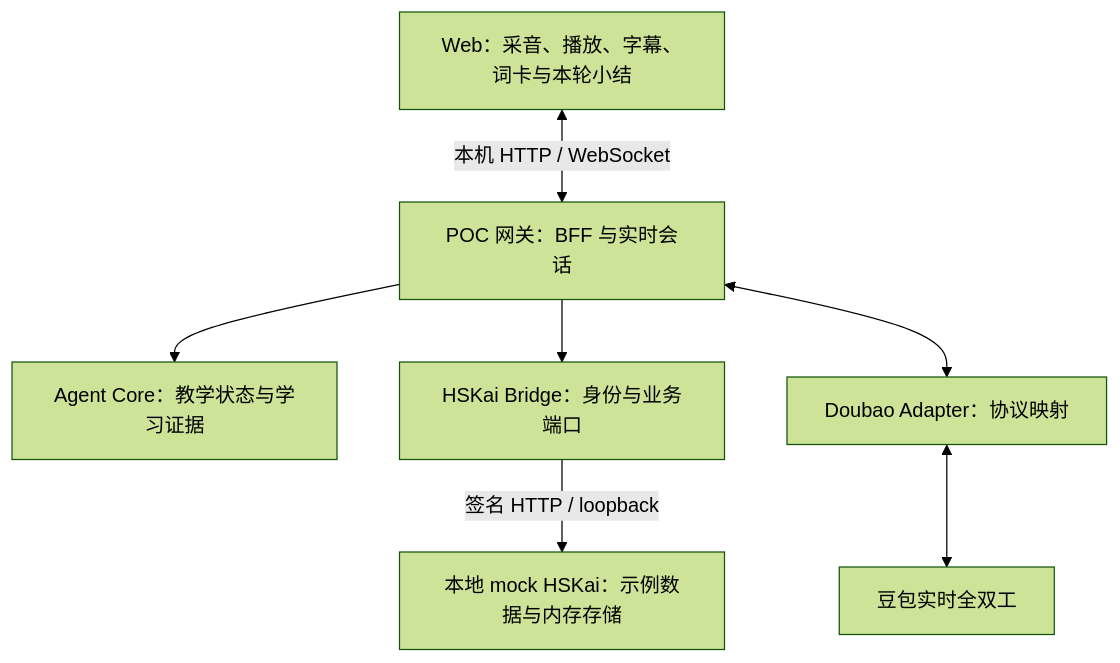
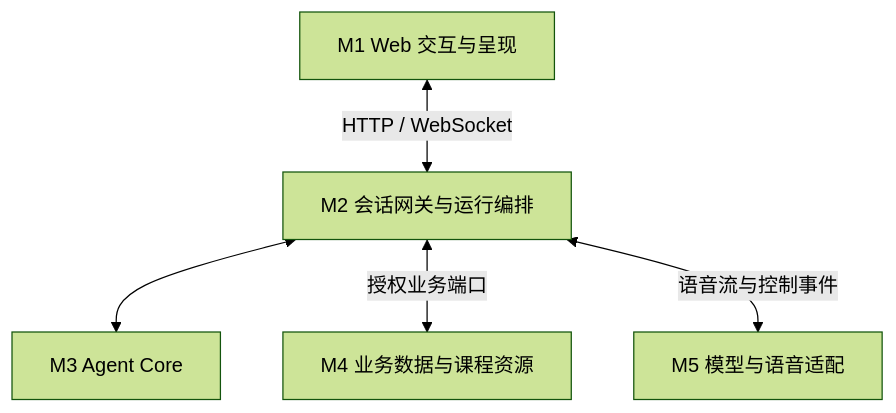
Before and after one commit to yqhuang-cyber/ask-kai: the first of 4 diagrams in README.md, drawn with Mermaid (forest theme). The commit also changed other lines of this file and 1 other file, not shown here.

Commit message:
docs: reorganize README around product, agent architecture, journeys and evidence

````diff
--- a/README.md
+++ b/README.md
@@ -219,9 +47,7 @@
-~~~mermaid
-flowchart TB
-    UI["Web：采音、播放、字幕、词卡与本轮小结"] <-->|"本机 HTTP / WebSocket"| GW["POC 网关：BFF 与实时会话"]
-    GW --> CORE["Agent Core：教学状态与学习证据"]
-    GW --> BRIDGE["HSKai Bridge：身份与业务端口"]
-    BRIDGE -->|"签名 HTTP / loopback"| MOCK["本地 mock HSKai：示例数据与内存存储"]
-    GW <--> ADAPTER["Doubao Adapter：协议映射"]
-    ADAPTER <--> DOUBAO["豆包实时全双工"]
-~~~
+```mermaid
+flowchart TD
+    M1["M1 Web 交互与呈现"] <-->|"HTTP / WebSocket"| M2["M2 会话网关与运行编排"]
+    M2 <--> M3["M3 Agent Core"]
+    M2 <-->|"授权业务端口"| M4["M4 业务数据与课程资源"]
+    M2 <-->|"语音流与控制事件"| M5["M5 模型与语音适配"]
+```
````
